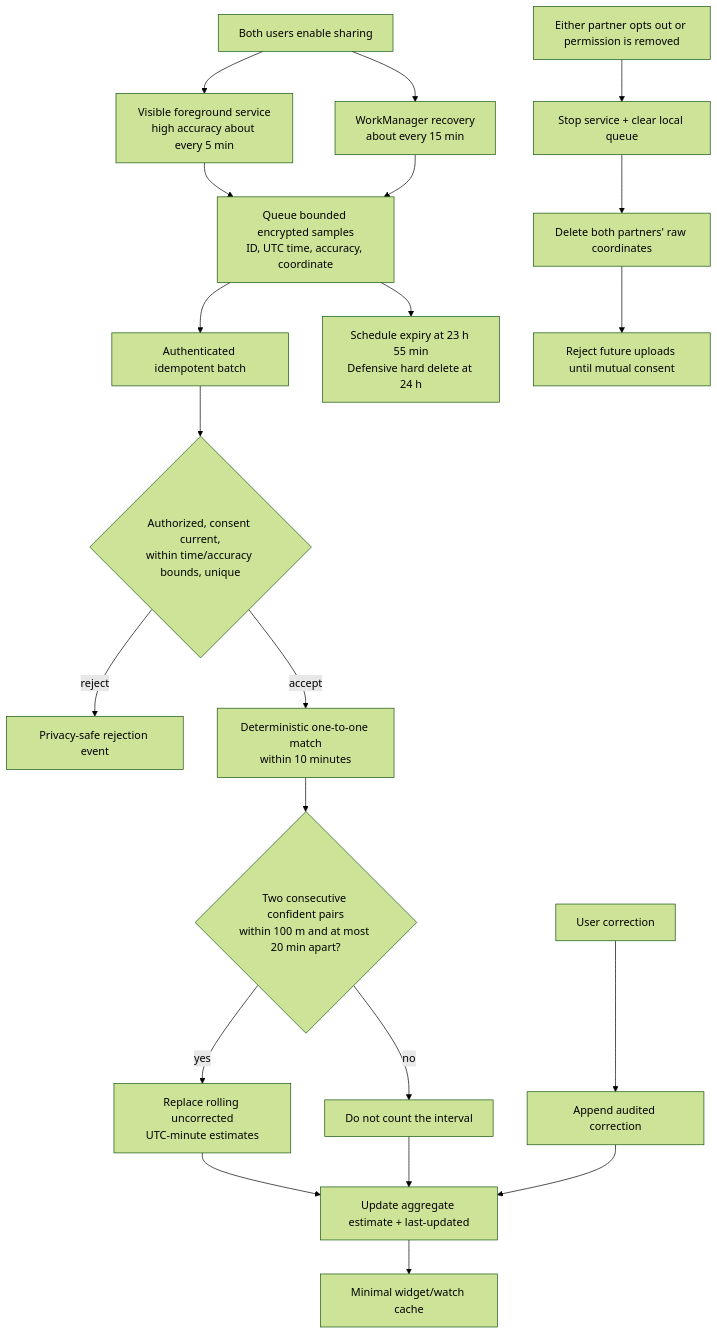
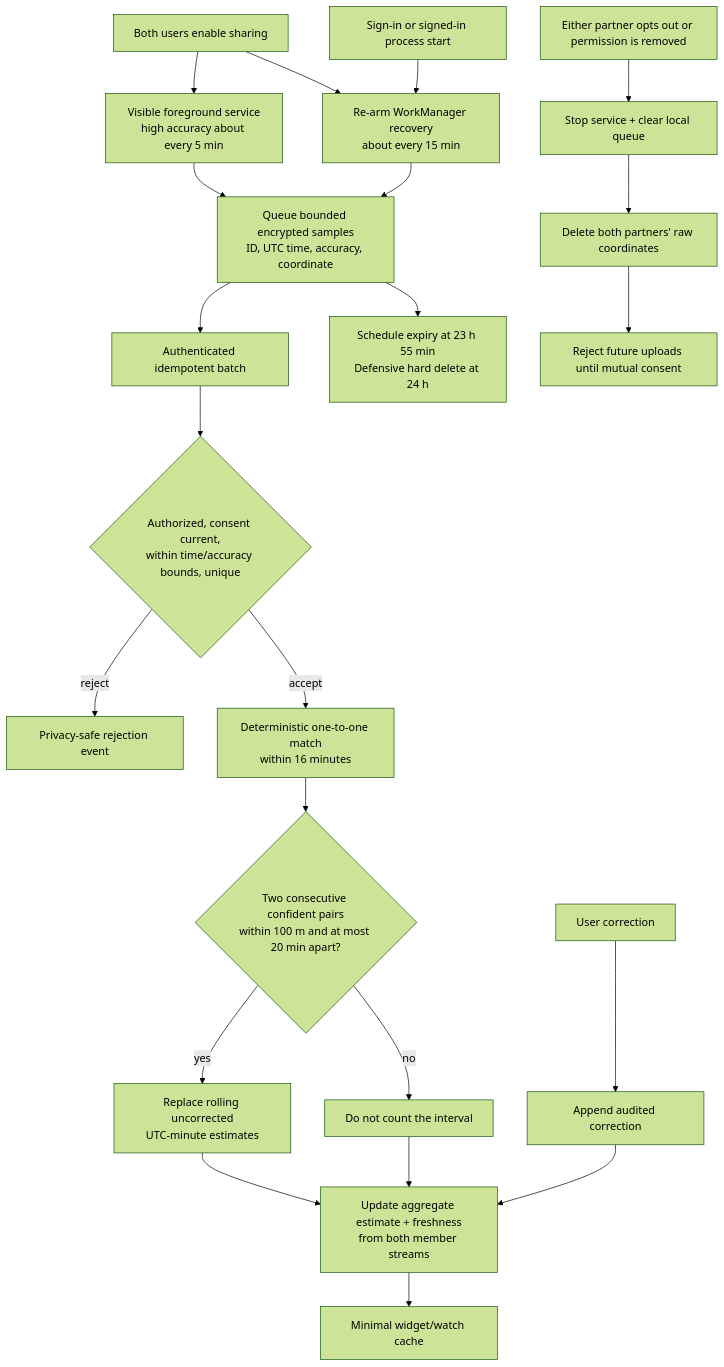
Before and after one commit to Captainpax/littleorbit: diagram 12 of 21 in docs/NETWORK-FLOW.md, drawn with Mermaid (forest theme). The commit also changed other lines of this file and 38 other files, not shown here.

````diff
--- a/docs/NETWORK-FLOW.md
+++ b/docs/NETWORK-FLOW.md
@@ -317,23 +318,24 @@
 ```mermaid
 flowchart TD
     Consent[Both users enable sharing] --> FGS[Visible foreground service<br/>high accuracy about every 5 min]
-    Consent --> Fallback[WorkManager recovery<br/>about every 15 min]
+    SignIn[Sign-in or signed-in process start] --> Fallback[Re-arm WorkManager recovery<br/>about every 15 min]
+    Consent --> Fallback
     FGS --> Samples[Queue bounded encrypted samples<br/>ID, UTC time, accuracy, coordinate]
     Fallback --> Samples
     Samples --> Upload[Authenticated idempotent batch]
     Upload --> Checks{Authorized, consent current,<br/>within time/accuracy bounds, unique}
     Checks -->|reject| Audit[Privacy-safe rejection event]
-    Checks -->|accept| Match[Deterministic one-to-one match<br/>within 10 minutes]
+    Checks -->|accept| Match[Deterministic one-to-one match<br/>within 16 minutes]
     Match --> Threshold{Two consecutive confident pairs<br/>within 100 m and at most 20 min apart?}
     Threshold -->|yes| Bucket[Replace rolling uncorrected<br/>UTC-minute estimates]
     Threshold -->|no| Skip[Do not count the interval]
-    Bucket --> Estimate[Update aggregate estimate + last-updated]
+    Bucket --> Estimate[Update aggregate estimate + freshness<br/>from both member streams]
     Skip --> Estimate
     Estimate --> Cache[Minimal widget/watch cache]
     Samples --> Expiry[Schedule expiry at 23 h 55 min<br/>Defensive hard delete at 24 h]
     OptOut[Either partner opts out or permission is removed] --> StopLocal[Stop service + clear local queue]
     StopLocal --> Delete[Delete both partners' raw coordinates]
     Delete --> Stop[Reject future uploads until mutual consent]
     Correction[User correction] --> CorrectionAudit[Append audited correction]
     CorrectionAudit --> Estimate
 ```
````
